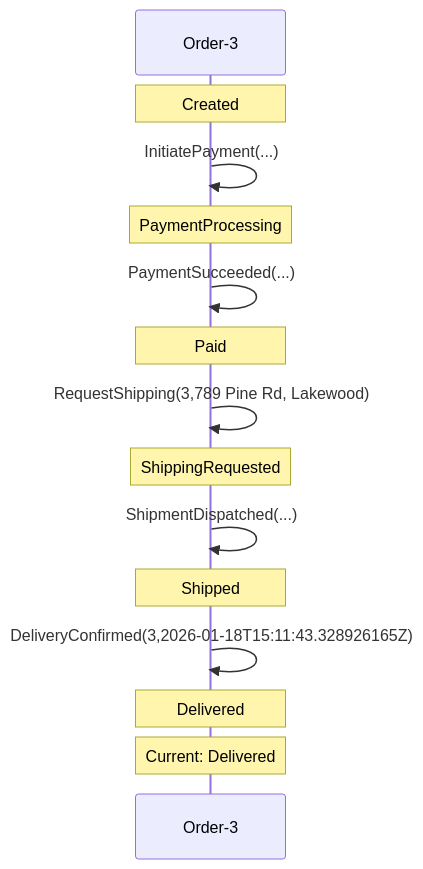
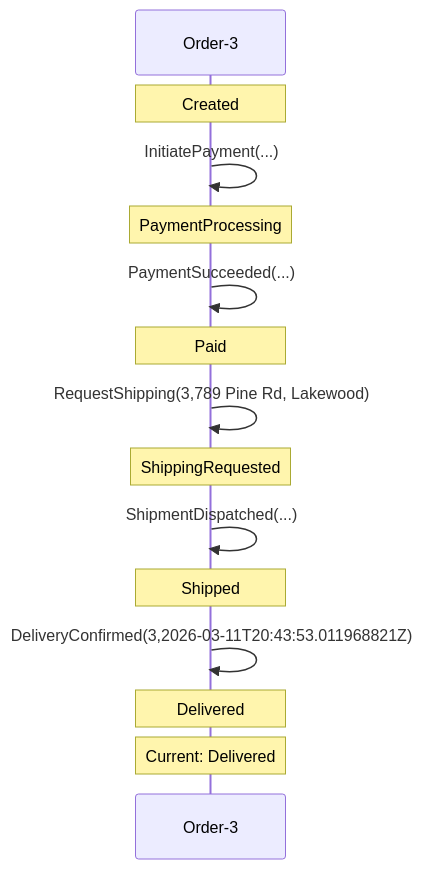
Before and after one commit to Iterable/mechanoid: the first of 2 diagrams in docs/visualizations/order-3-trace.md, drawn with Mermaid. The commit also changed 54 other files, not shown here.

First line of the commit message:
[AI-4121] Replace include() with combine/++ and enhance DB schema (#31)

````diff
--- a/docs/visualizations/order-3-trace.md
+++ b/docs/visualizations/order-3-trace.md
@@ -7,17 +7,17 @@
 ```mermaid
 sequenceDiagram
     participant FSM as Order-3
     Note over FSM: Created
     FSM->>FSM: InitiatePayment(...)
     Note over FSM: PaymentProcessing
     FSM->>FSM: PaymentSucceeded(...)
     Note over FSM: Paid
     FSM->>FSM: RequestShipping(3,789 Pine Rd, Lakewood)
     Note over FSM: ShippingRequested
     FSM->>FSM: ShipmentDispatched(...)
     Note over FSM: Shipped
-    FSM->>FSM: DeliveryConfirmed(3,2026-01-18T15:11:43.328926165Z)
+    FSM->>FSM: DeliveryConfirmed(3,2026-03-11T20:43:53.011968821Z)
     Note over FSM: Delivered
     Note over FSM: Current: Delivered
 
 ```
````
